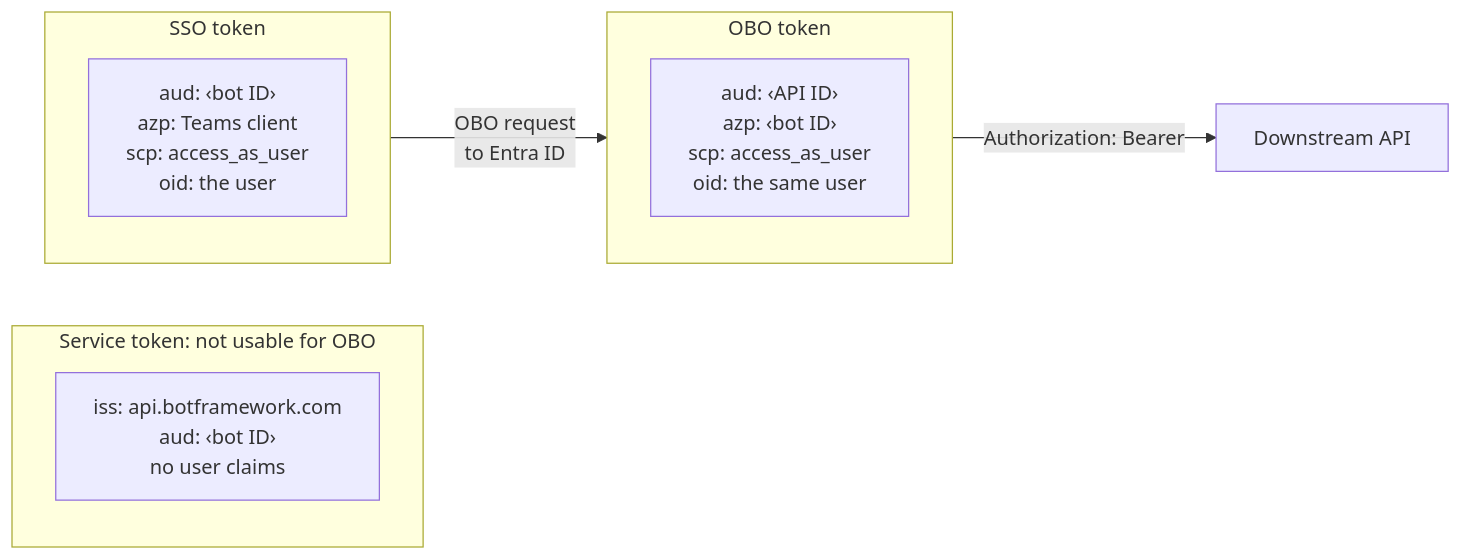
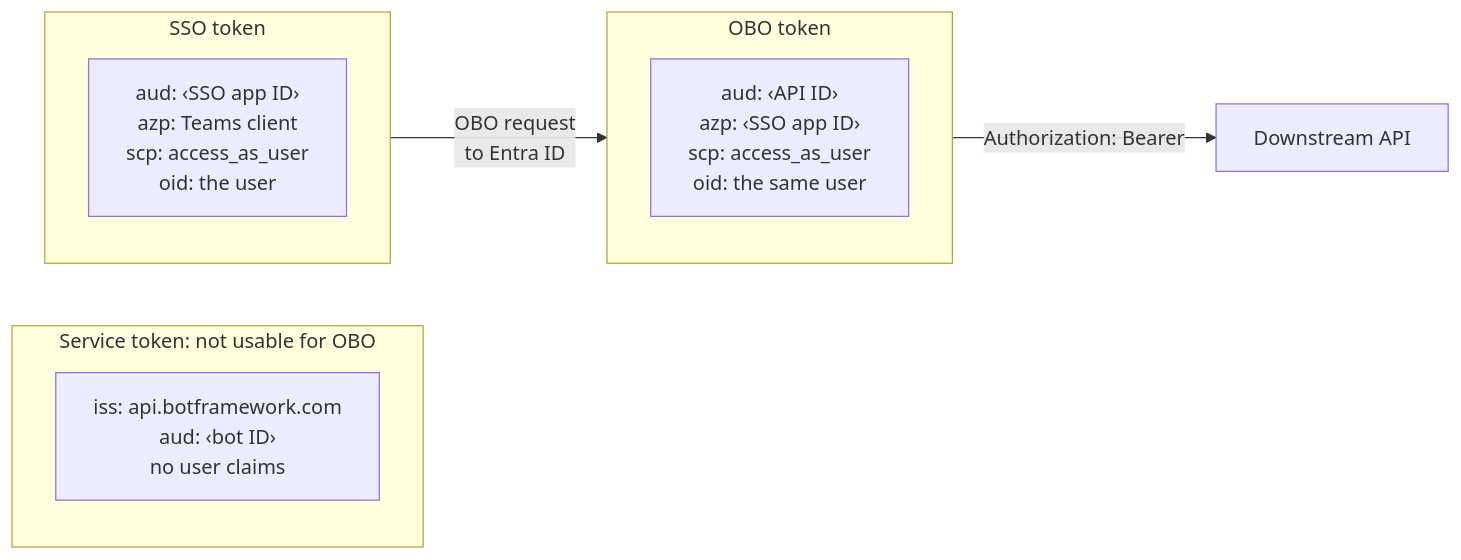
Before and after one commit to georgemathieson/Bot: the fourth of 10 diagrams in docs/how-obo-works.md, drawn with Mermaid. The commit also changed other lines of this file and 4 other files, not shown here.

````diff
--- a/docs/how-obo-works.md
+++ b/docs/how-obo-works.md
@@ -105,14 +115,14 @@
 ```mermaid
 flowchart LR
     subgraph S["Service token: not usable for OBO"]
         s1["iss: api.botframework.com<br/>aud: ‹bot ID›<br/>no user claims"]
     end
     subgraph A["SSO token"]
-        a1["aud: ‹bot ID›<br/>azp: Teams client<br/>scp: access_as_user<br/>oid: the user"]
+        a1["aud: ‹SSO app ID›<br/>azp: Teams client<br/>scp: access_as_user<br/>oid: the user"]
     end
     subgraph B["OBO token"]
-        b1["aud: ‹API ID›<br/>azp: ‹bot ID›<br/>scp: access_as_user<br/>oid: the same user"]
+        b1["aud: ‹API ID›<br/>azp: ‹SSO app ID›<br/>scp: access_as_user<br/>oid: the same user"]
     end
     A -- "OBO request<br/>to Entra ID" --> B
     B -- "Authorization: Bearer" --> API["Downstream API"]
 ```
````
